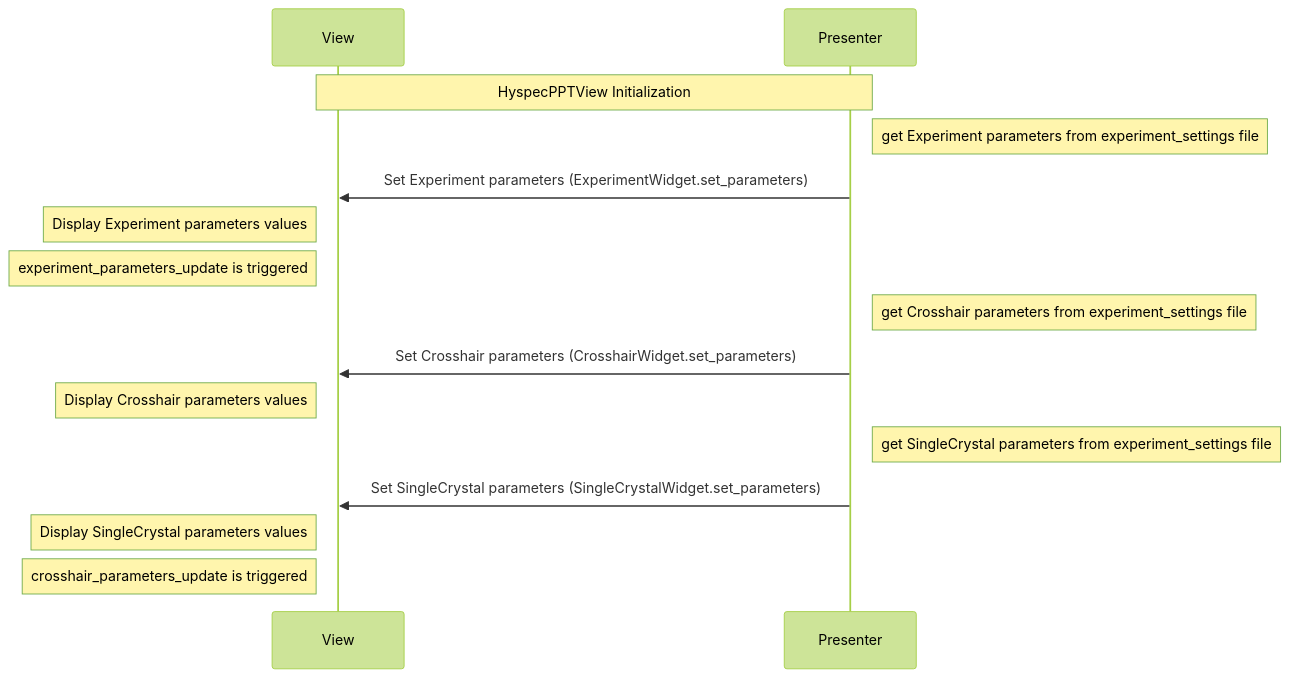
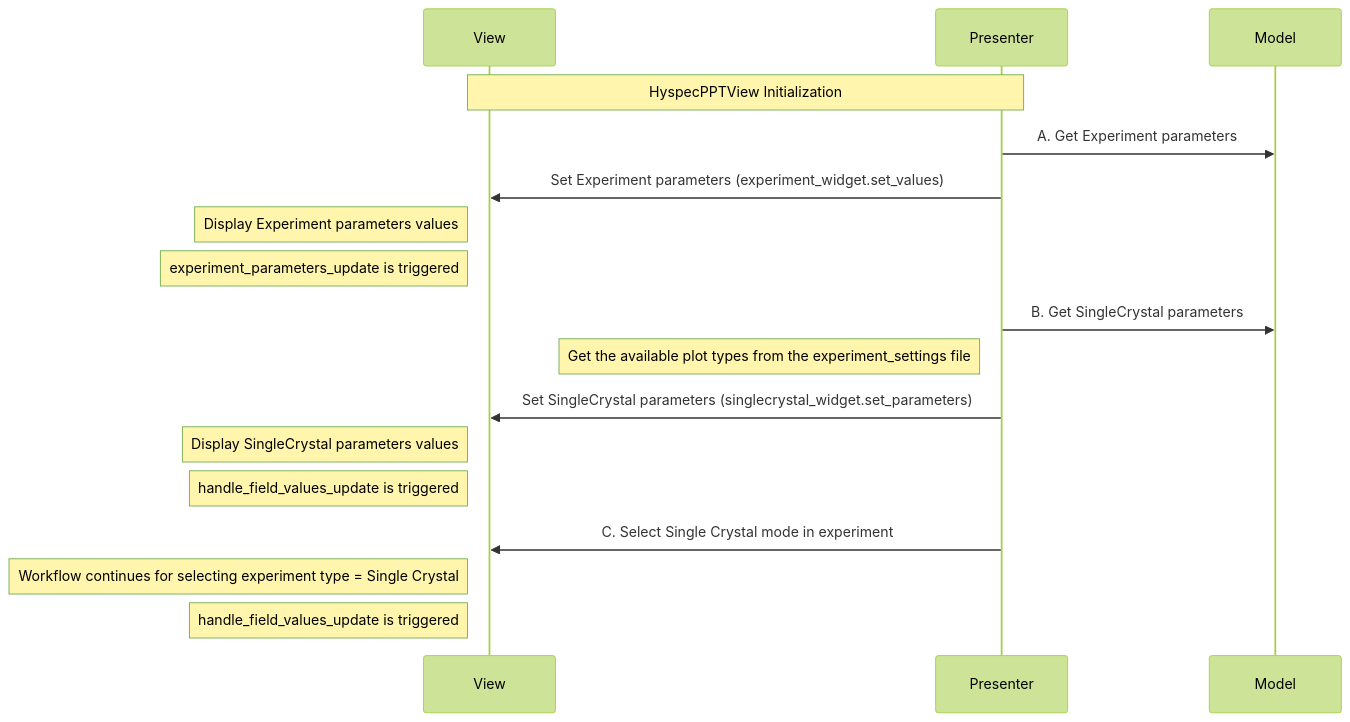
The fourth of 15 diagrams in docs/source/design/hyspecpptclasses.rst (neutrons/hyspecppt), drawn with Mermaid (forest theme) before and after one commit. The commit also changed other lines of this file, not shown here.

```diff
--- a/docs/source/design/hyspecpptclasses.rst
+++ b/docs/source/design/hyspecpptclasses.rst
@@ -196,18 +198,21 @@
     .. mermaid::
 
         sequenceDiagram
             participant View
             participant Presenter
 
             Note over View,Presenter:  HyspecPPTView Initialization
-            Note right of Presenter: get Experiment parameters from experiment_settings file
-            Presenter->>View: Set Experiment parameters (ExperimentWidget.set_parameters)
+            Presenter->>Model: A. Get Experiment parameters
+            Presenter->>View: Set Experiment parameters (experiment_widget.set_values)
             Note left of View: Display Experiment parameters values
             Note left of View: experiment_parameters_update is triggered
-            Note right of Presenter: get Crosshair parameters from experiment_settings file
-            Presenter->>View: Set Crosshair parameters (CrosshairWidget.set_parameters)
-            Note left of View: Display Crosshair parameters values
-            Note right of Presenter: get SingleCrystal parameters from experiment_settings file
-            Presenter->>View: Set SingleCrystal parameters (SingleCrystalWidget.set_parameters)
+
+            Presenter->>Model: B. Get SingleCrystal parameters
+            Note left of Presenter: Get the available plot types from the experiment_settings file
+            Presenter->>View: Set SingleCrystal parameters (singlecrystal_widget.set_parameters)
             Note left of View: Display SingleCrystal parameters values
-            Note left of View: crosshair_parameters_update is triggered
+            Note left of View: handle_field_values_update is triggered
+
+            Presenter->>View: C. Select Single Crystal mode in experiment
+            Note left of View: Workflow continues for selecting experiment type = Single Crystal
+            Note left of View: handle_field_values_update is triggered
```
